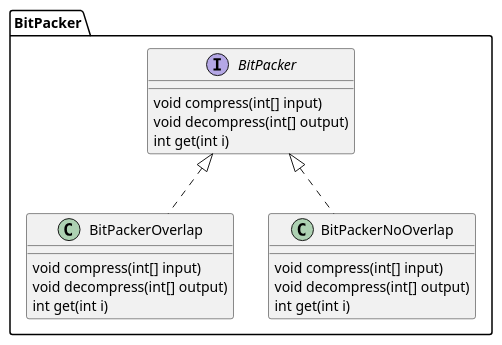
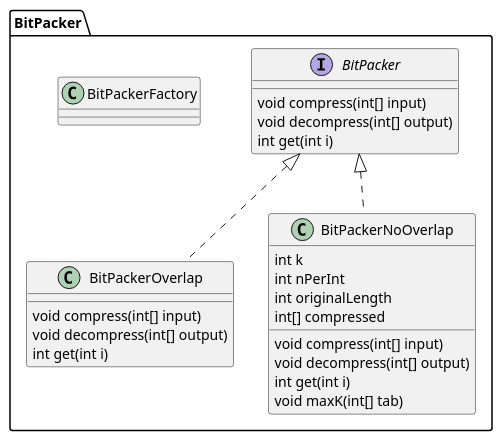
Before and after one commit to Sofiane949/BitPacking_Software_Engineering: the diagram in diagramme_de_classe.plantuml, drawn with PlantUML. The commit also changed 1 other file, not shown here.

Commit message:
maj Diagramme de classe

```diff
--- a/diagramme_de_classe.plantuml
+++ b/diagramme_de_classe.plantuml
@@ -1,23 +1,30 @@
 @startuml
 package BitPacker {
 
 interface BitPacker {
     void compress(int[] input)
     void decompress(int[] output)
     int get(int i)
 }
 
 class BitPackerOverlap implements BitPacker {
     void compress(int[] input)
     void decompress(int[] output)
     int get(int i)
 }
 
 class BitPackerNoOverlap implements BitPacker {
+    int k
+    int nPerInt
+    int originalLength
+    int[] compressed
     void compress(int[] input)
     void decompress(int[] output)
     int get(int i)
+    void maxK(int[] tab)
+}
 
+class BitPackerFactory {
 }
 }
 @enduml
```
